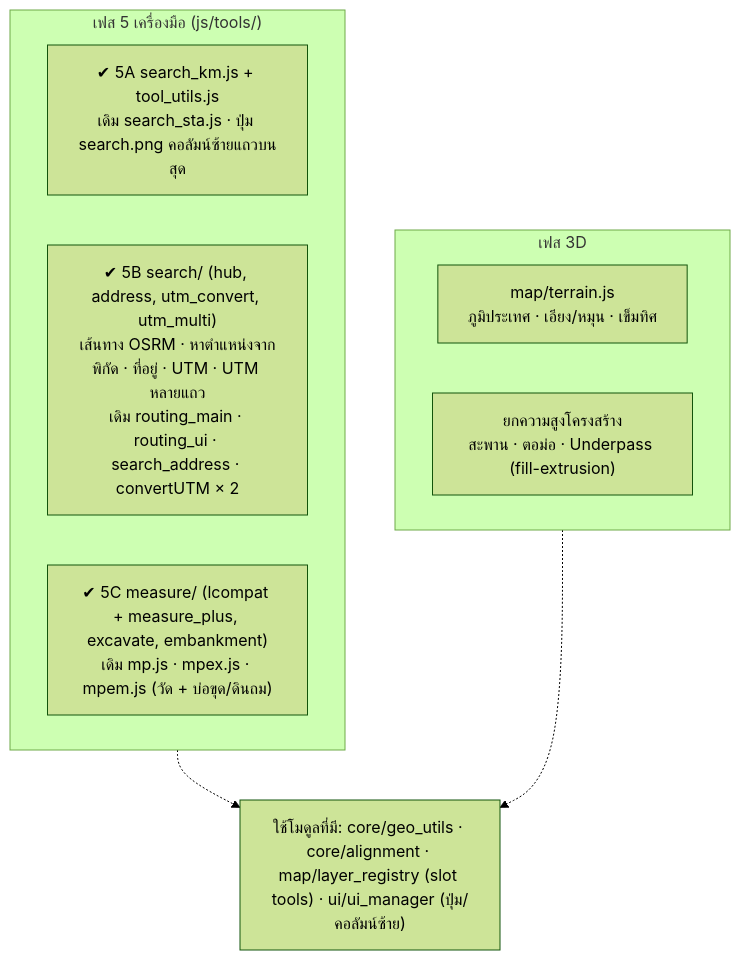
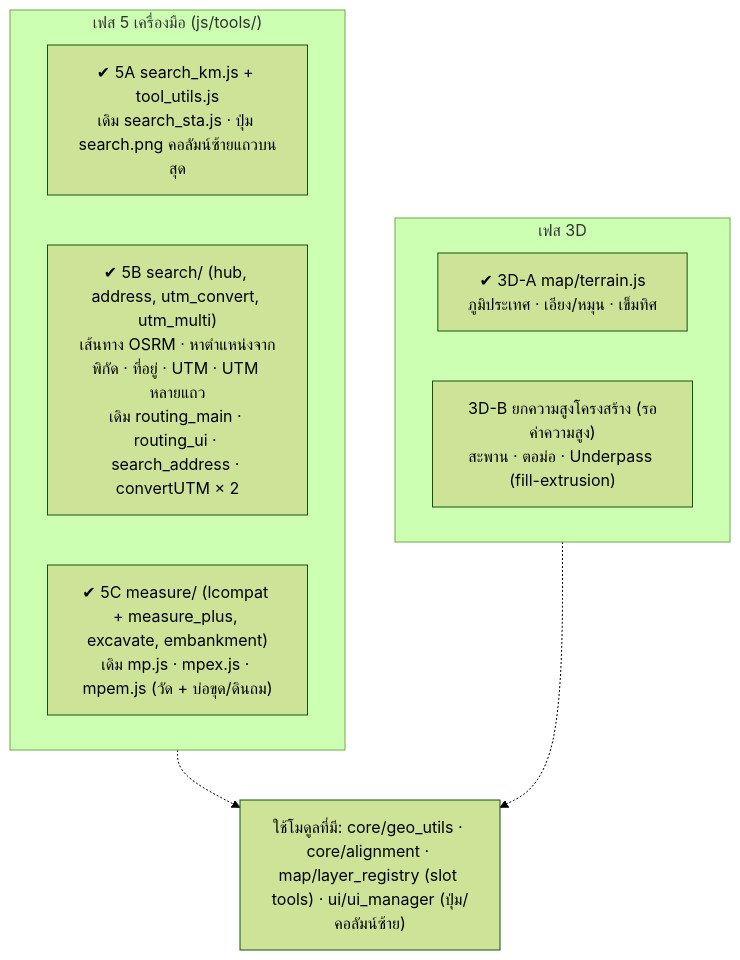
The fourth of 4 diagrams in docs/ARCHITECTURE.md (mr-pairot/bpnp-map3d), drawn with Mermaid (forest theme) before and after one commit. The commit also changed other lines of this file and 10 other files, not shown here.

````diff
--- a/docs/ARCHITECTURE.md
+++ b/docs/ARCHITECTURE.md
@@ -123,15 +123,15 @@
 ```mermaid
 flowchart TB
     subgraph P5["เฟส 5 เครื่องมือ (js/tools/)"]
         t1["✔ 5A search_km.js + tool_utils.js<br/>เดิม search_sta.js · ปุ่ม search.png คอลัมน์ซ้ายแถวบนสุด"]
         t3["✔ 5B search/ (hub, address, utm_convert, utm_multi)<br/>เส้นทาง OSRM · หาตำแหน่งจากพิกัด · ที่อยู่ · UTM · UTM หลายแถว<br/>เดิม routing_main · routing_ui · search_address · convertUTM × 2"]
         t2["✔ 5C measure/ (lcompat + measure_plus, excavate, embankment)<br/>เดิม mp.js · mpex.js · mpem.js (วัด + บ่อขุด/ดินถม)"]
     end
     subgraph D3["เฟส 3D"]
-        d1["map/terrain.js<br/>ภูมิประเทศ · เอียง/หมุน · เข็มทิศ"]
-        d2["ยกความสูงโครงสร้าง<br/>สะพาน · ตอม่อ · Underpass (fill-extrusion)"]
+        d1["✔ 3D-A map/terrain.js<br/>ภูมิประเทศ · เอียง/หมุน · เข็มทิศ"]
+        d2["3D-B ยกความสูงโครงสร้าง (รอค่าความสูง)<br/>สะพาน · ตอม่อ · Underpass (fill-extrusion)"]
     end
     U["ใช้โมดูลที่มี: core/geo_utils · core/alignment · map/layer_registry (slot tools) · ui/ui_manager (ปุ่ม/คอลัมน์ซ้าย)"]
     P5 -.-> U
     D3 -.-> U
 ```
````
